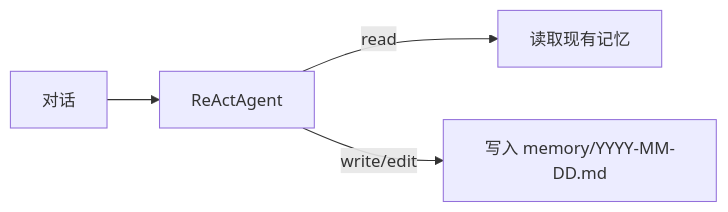
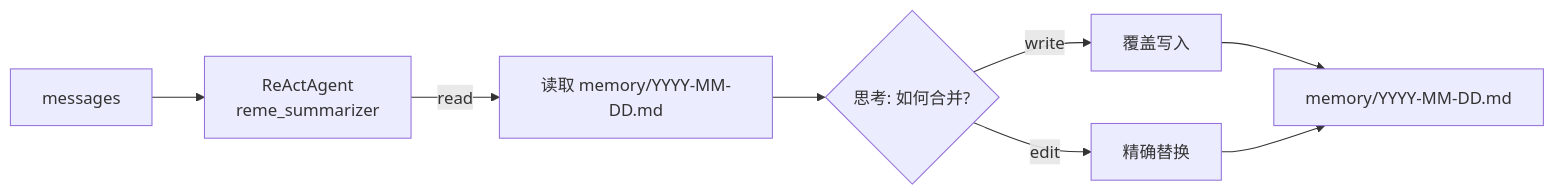
Before and after one commit to agentscope-ai/ReMe: the fourth of 9 diagrams in README_ZH.md, drawn with Mermaid. The commit also changed other lines of this file, not shown here.

Commit message:
docs(readme): update Chinese documentation with enhanced memory management diagrams

````diff
--- a/README_ZH.md
+++ b/README_ZH.md
@@ -238,6 +239,10 @@
 ```mermaid
 graph LR
-    C[对话] --> A[ReActAgent]
-    A -->|read| R[读取现有记忆]
-    A -->|write/edit| W[写入 memory/YYYY-MM-DD.md]
+    M[messages] --> A[ReActAgent<br>reme_summarizer]
+    A -->|read| R[读取 memory/YYYY-MM-DD.md]
+    R --> T{思考: 如何合并?}
+    T -->|write| W[覆盖写入]
+    T -->|edit| E[精确替换]
+    W --> F[memory/YYYY-MM-DD.md]
+    E --> F
 ```
````
